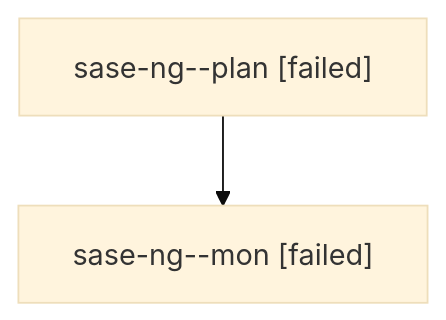
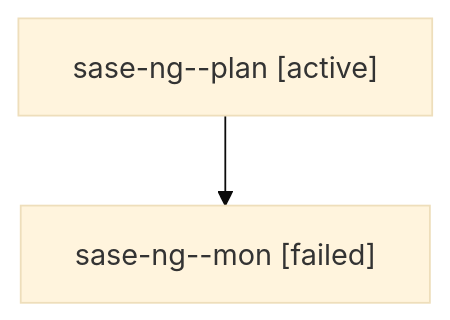
Before and after one commit to sase-org/sase--agents: the diagram in families/bbugyi200.athena.sase-ng.md, drawn with Mermaid (base theme). The commit also changed other lines of this file and 35830 other files, not shown here.

````diff
--- a/families/bbugyi200.athena.sase-ng.md
+++ b/families/bbugyi200.athena.sase-ng.md
@@ -9,6 +9,6 @@
 ```mermaid
 flowchart TD
-  n0["sase-ng--plan [failed]"]
+  n0["sase-ng--plan [active]"]
   n1["sase-ng--mon [failed]"]
   n0 --> n1
 ```
````
